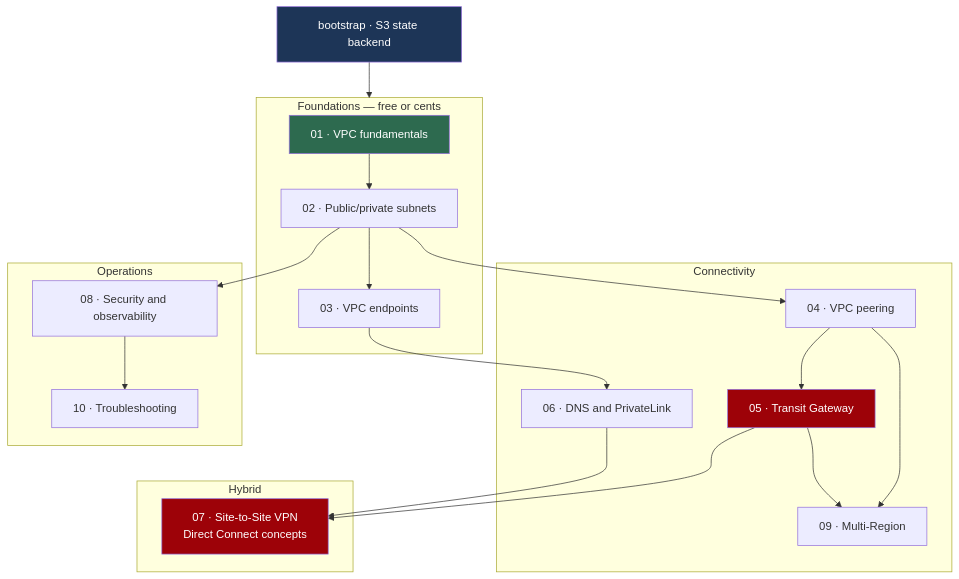
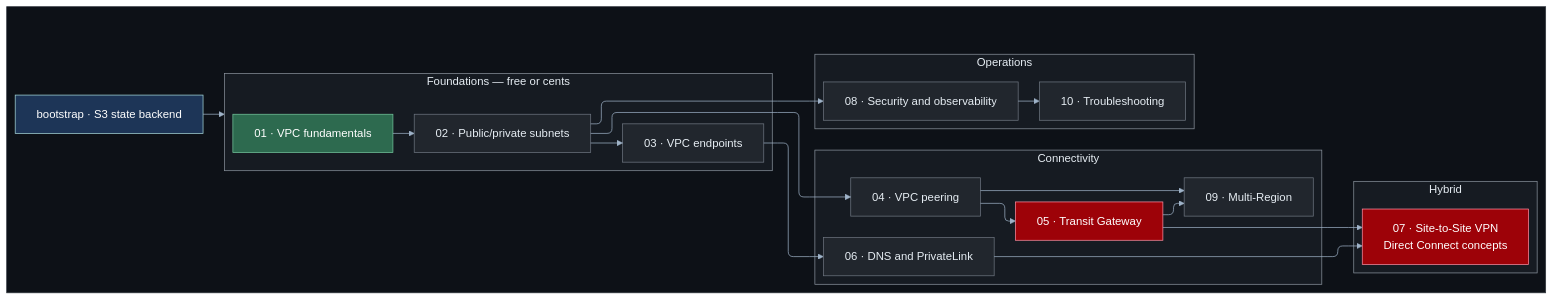
One commit to HuyNguyen260398/aws-network-architecture changed the first of 5 diagrams in docs/diagrams/README.md. Above: the diagram before and after it, drawn with Mermaid. The commit also changed other lines of this file and 13 other files, not shown here.

First line of the commit message:
docs(diagrams): restyle all Mermaid diagrams for dark mode and orthogonal lines

````diff
--- a/docs/diagrams/README.md
+++ b/docs/diagrams/README.md
@@ -29,41 +50,68 @@
 ```mermaid
-graph TB
-    subgraph FOUND["Foundations — free or cents"]
-        L01["01 · VPC fundamentals"]
-        L02["02 · Public/private subnets"]
-        L03["03 · VPC endpoints"]
+---
+config:
+  layout: elk
+  theme: base
+  themeVariables:
+    lineColor: "#9fb3c8"
+    textColor: "#e6edf3"
+    primaryColor: "#21262d"
+    primaryTextColor: "#e6edf3"
+    primaryBorderColor: "#6e7681"
+    edgeLabelBackground: "#0d1117"
+    clusterBkg: "#161b22"
+    clusterBorder: "#6e7681"
+    titleColor: "#e6edf3"
+  flowchart:
+    curve: rounded
+    wrappingWidth: 420
+---
+flowchart LR
+    subgraph CANVAS[" "]
+        subgraph FOUND["Foundations — free or cents"]
+            L01["01 · VPC fundamentals"]
+            L02["02 · Public/private subnets"]
+            L03["03 · VPC endpoints"]
+        end
+
+        subgraph CONN["Connectivity"]
+            L04["04 · VPC peering"]
+            L05["05 · Transit Gateway"]
+            L06["06 · DNS and PrivateLink"]
+            L09["09 · Multi-Region"]
+        end
+
+        subgraph HYB["Hybrid"]
+            L07["07 · Site-to-Site VPN<br/>Direct Connect concepts"]
+        end
+
+        subgraph OPS["Operations"]
+            L08["08 · Security and observability"]
+            L10["10 · Troubleshooting"]
+        end
+
+        BOOT["bootstrap · S3 state backend"]
     end
-
-    subgraph CONN["Connectivity"]
-        L04["04 · VPC peering"]
-        L05["05 · Transit Gateway"]
-        L06["06 · DNS and PrivateLink"]
-        L09["09 · Multi-Region"]
-    end
-
-    subgraph HYB["Hybrid"]
-        L07["07 · Site-to-Site VPN<br/>Direct Connect concepts"]
-    end
-
-    subgraph OPS["Operations"]
-        L08["08 · Security and observability"]
-        L10["10 · Troubleshooting"]
-    end
-
-    BOOT["bootstrap · S3 state backend"]
 
     BOOT --> FOUND
     L01 --> L02 --> L03
     L02 --> L04 --> L05
     L03 --> L06
     L05 --> L07
     L06 --> L07
     L04 --> L09
     L05 --> L09
     L02 --> L08 --> L10
 
-    style L05 fill:#9d0208,color:#fff
-    style L07 fill:#9d0208,color:#fff
-    style L01 fill:#2d6a4f,color:#fff
-    style BOOT fill:#1d3557,color:#fff
+    classDef canvas fill:#0d1117,stroke:#30363d,color:#e6edf3
+    classDef vpc fill:#161b22,stroke:#8b949e,color:#e6edf3
+    classDef free fill:#2d6a4f,stroke:#74c69d,color:#fff
+    classDef gateway fill:#1d3557,stroke:#a8dadc,color:#fff
+    classDef billed fill:#9d0208,stroke:#ff8fa3,color:#fff
+
+    class CANVAS canvas
+    class FOUND,CONN,HYB,OPS vpc
+    class L01 free
+    class BOOT gateway
+    class L05,L07 billed
 ```
````
